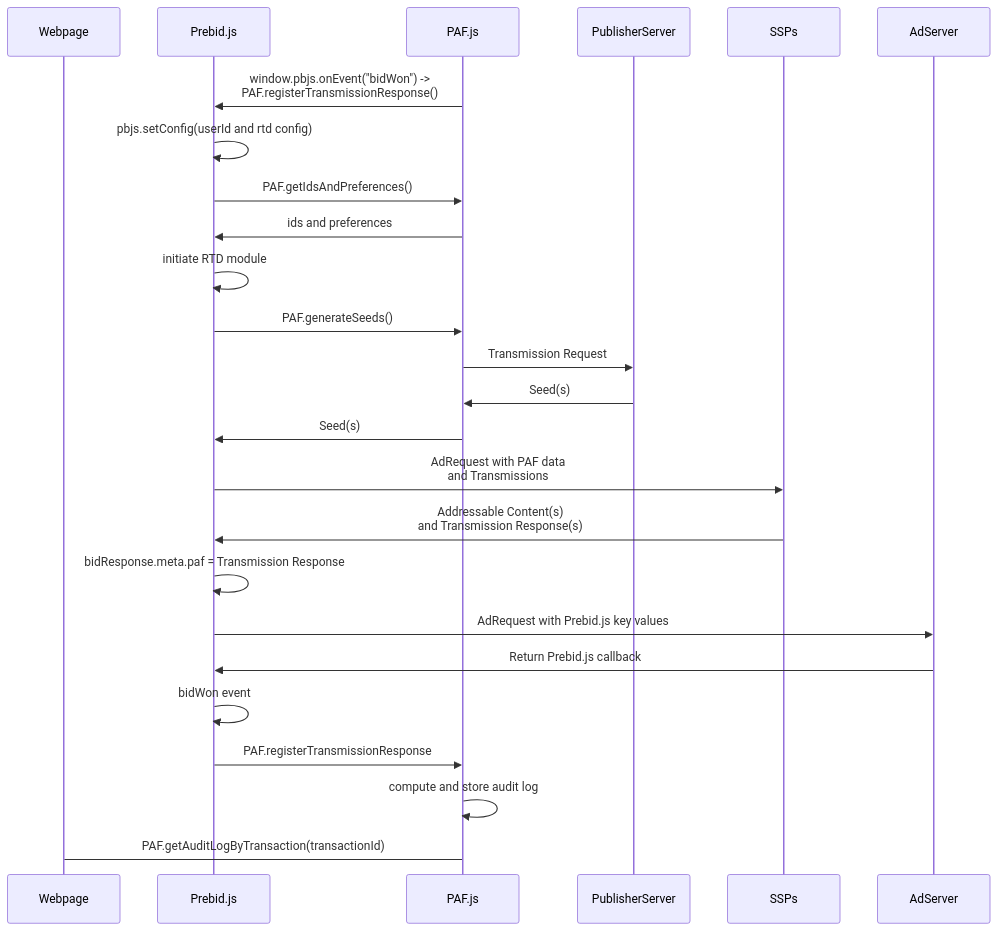
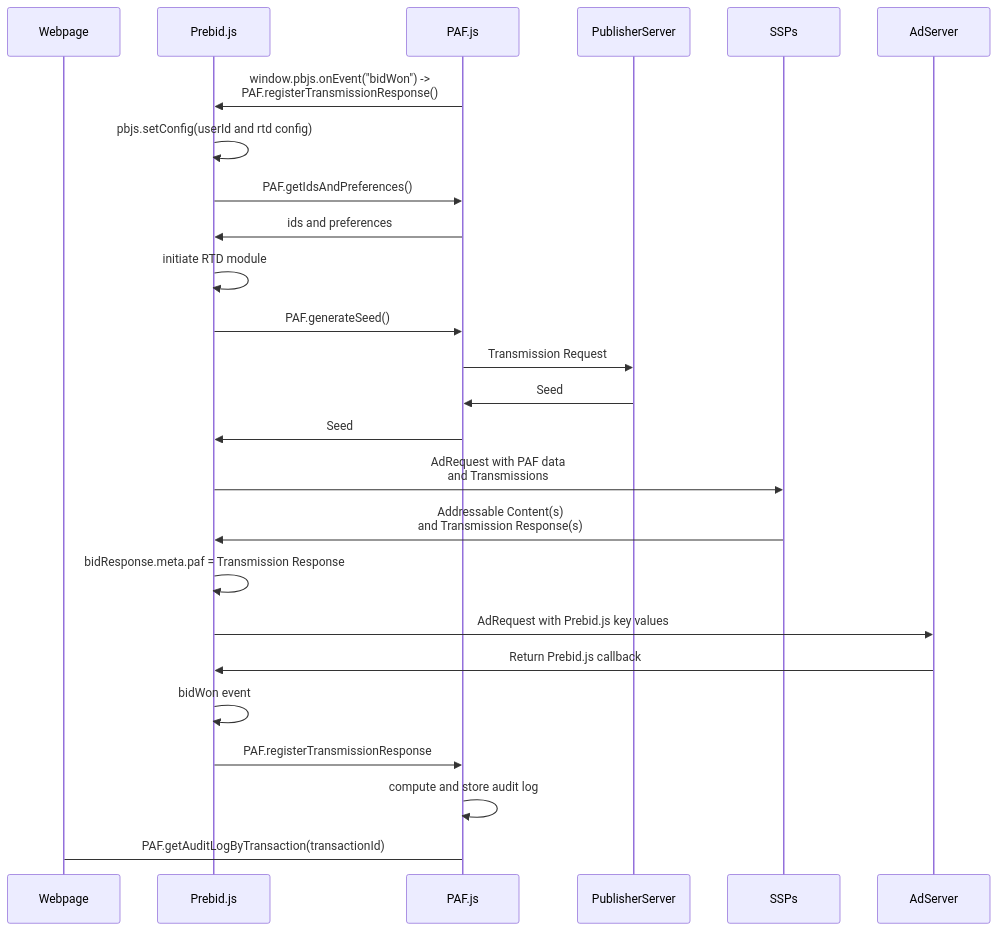
Before and after one commit to OneKey-Network/addressability-framework: the second of 2 diagrams in mvp-spec/prebid-implementation.md, drawn with Mermaid. The commit also changed other lines of this file and 1 other file, not shown here.

Commit message:
Fix typos in prebid-implementation.md (#150)

````diff
--- a/mvp-spec/prebid-implementation.md
+++ b/mvp-spec/prebid-implementation.md
@@ -371,28 +371,28 @@
 ```mermaid
 sequenceDiagram
     participant Webpage
     participant Prebid.js
     participant PAF.js
     participant PublisherServer
     participant SSPs
     participant AdServer
 
     PAF.js->>Prebid.js: window.pbjs.onEvent("bidWon") -><br />PAF.registerTransmissionResponse()
     Prebid.js->>Prebid.js: pbjs.setConfig(userId and rtd config)
     Prebid.js->>PAF.js: PAF.getIdsAndPreferences()
     PAF.js->>Prebid.js: ids and preferences
     Prebid.js->>Prebid.js: initiate RTD module
-    Prebid.js->>PAF.js: PAF.generateSeeds()
+    Prebid.js->>PAF.js: PAF.generateSeed()
     PAF.js->>PublisherServer: Transmission Request
-    PublisherServer->>PAF.js: Seed(s)
-    PAF.js->>Prebid.js: Seed(s)
+    PublisherServer->>PAF.js: Seed
+    PAF.js->>Prebid.js: Seed
     Prebid.js->>SSPs: AdRequest with PAF data<br /> and Transmissions
     SSPs->>Prebid.js: Addressable Content(s) <br />and Transmission Response(s)
     Prebid.js->>Prebid.js: bidResponse.meta.paf = Transmission Response
     Prebid.js->>AdServer: AdRequest with Prebid.js key values
     AdServer->>Prebid.js: Return Prebid.js callback
     Prebid.js->>Prebid.js: bidWon event
     Prebid.js->>PAF.js: PAF.registerTransmissionResponse
     PAF.js->>PAF.js: compute and store audit log
     Webpage->PAF.js: PAF.getAuditLogByTransaction(transactionId)
 ```
````
